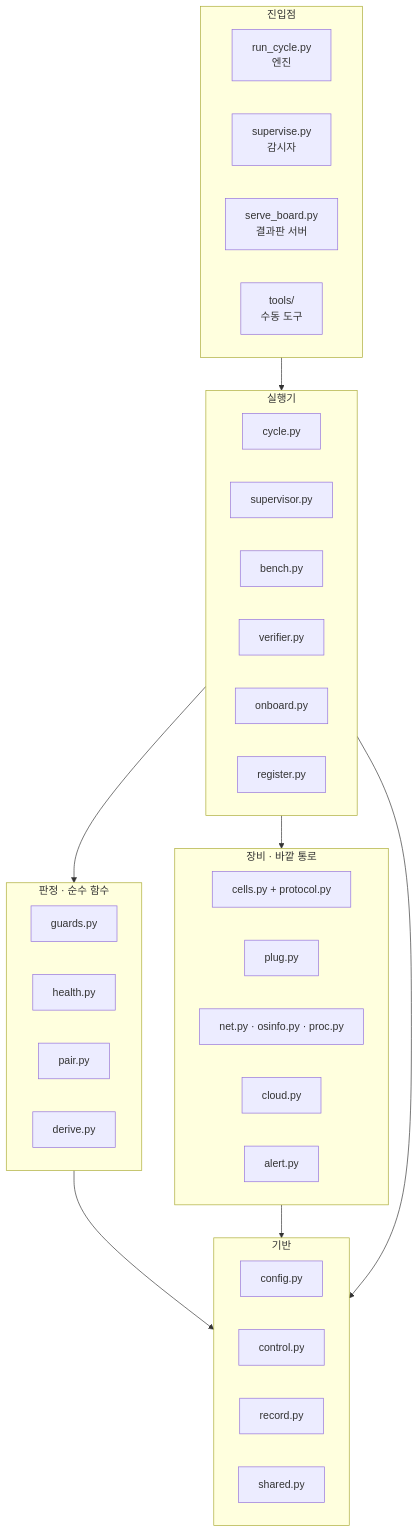
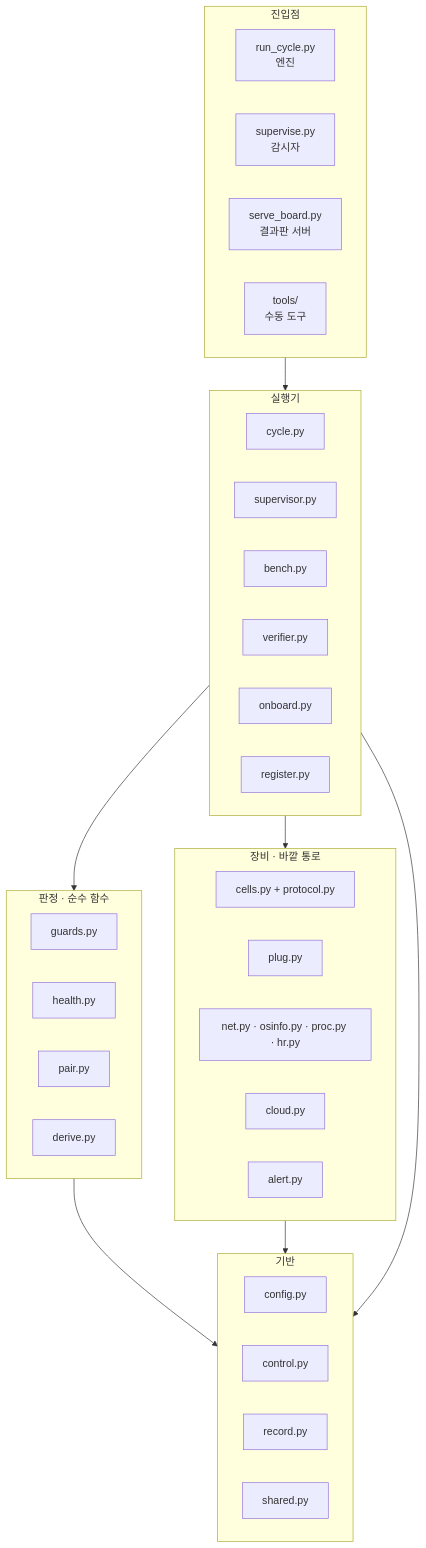
Before and after one commit to GeonwooKim-fitogether/QA-Automation-Test-Room: diagram 21 of 21 in cell-bench/docs/system-map.md, drawn with Mermaid. The commit also changed other lines of this file and 14 other files, not shown here.

````diff
--- a/cell-bench/docs/system-map.md
+++ b/cell-bench/docs/system-map.md
@@ -722,47 +726,47 @@
 ```mermaid
 flowchart TD
   subgraph E["진입점"]
     direction LR
     rc["run_cycle.py<br/>엔진"]
     sp["supervise.py<br/>감시자"]
     sbd["serve_board.py<br/>결과판 서버"]
     tl["tools/<br/>수동 도구"]
   end
   subgraph R["실행기"]
     direction LR
     cy["cycle.py"]
     su["supervisor.py"]
     be["bench.py"]
     ve["verifier.py"]
     ob["onboard.py"]
     rg["register.py"]
   end
   subgraph J["판정 · 순수 함수"]
     direction LR
     gu["guards.py"]
     he["health.py"]
     pa["pair.py"]
     dv["derive.py"]
   end
   subgraph D["장비 · 바깥 통로"]
     direction LR
     ce["cells.py + protocol.py"]
     pl["plug.py"]
-    ne["net.py · osinfo.py · proc.py"]
+    ne["net.py · osinfo.py · proc.py · hr.py"]
     cl["cloud.py"]
     al["alert.py"]
   end
   subgraph B["기반"]
     direction LR
     cf["config.py"]
     co["control.py"]
     rd["record.py"]
     sh["shared.py"]
   end
   E --> R
   R --> J
   R --> D
   J --> B
   D --> B
   R --> B
 ```
````
